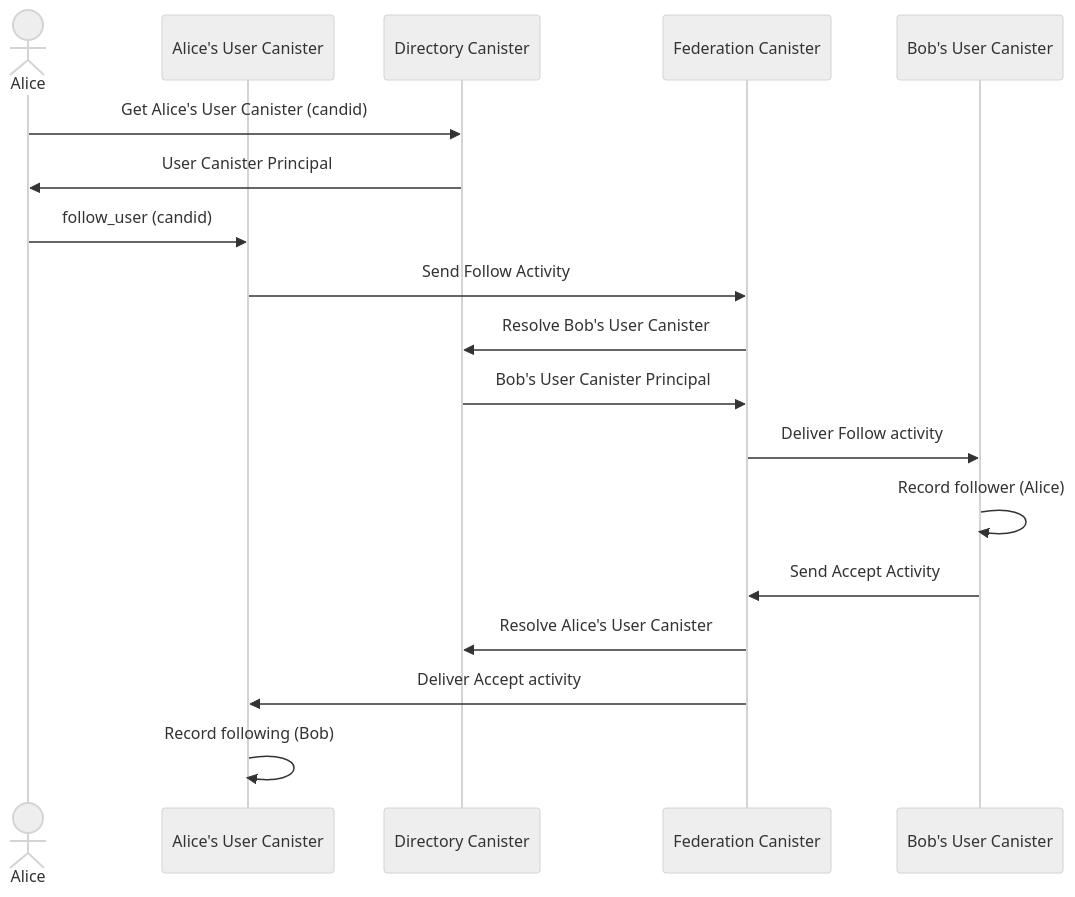
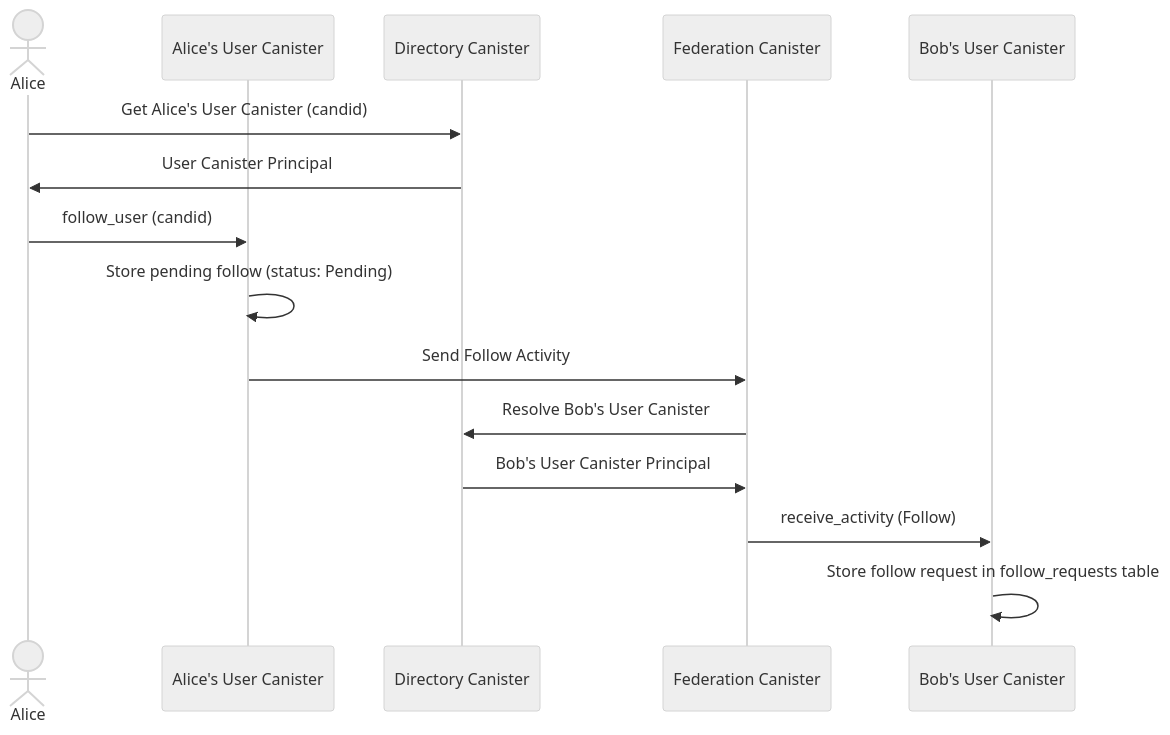
One commit to veeso/mastic changed the fifth of 18 diagrams in docs/src/project/flows.md. Above: the diagram before and after it, drawn with Mermaid (neutral theme). The commit also changed other lines of this file and 22 other files, not shown here.

First line of the commit message:
feat(user): implement accept_follow and reject_follow endpoints

````diff
--- a/docs/src/project/flows.md
+++ b/docs/src/project/flows.md
@@ -92,21 +97,18 @@
 ```mermaid
 sequenceDiagram
     actor A as Alice
     participant UC as Alice's User Canister
     participant DIR as Directory Canister
     participant FED as Federation Canister
     participant BUC as Bob's User Canister
 
     A->>DIR: Get Alice's User Canister (candid)
     DIR->>A: User Canister Principal
     A->>UC: follow_user (candid)
+    UC->>UC: Store pending follow (status: Pending)
     UC->>FED: Send Follow Activity
     FED->>DIR: Resolve Bob's User Canister
     DIR->>FED: Bob's User Canister Principal
-    FED->>BUC: Deliver Follow activity
-    BUC->>BUC: Record follower (Alice)
-    BUC->>FED: Send Accept Activity
-    FED->>DIR: Resolve Alice's User Canister
-    FED->>UC: Deliver Accept activity
-    UC->>UC: Record following (Bob)
+    FED->>BUC: receive_activity (Follow)
+    BUC->>BUC: Store follow request in follow_requests table
 ```
````
